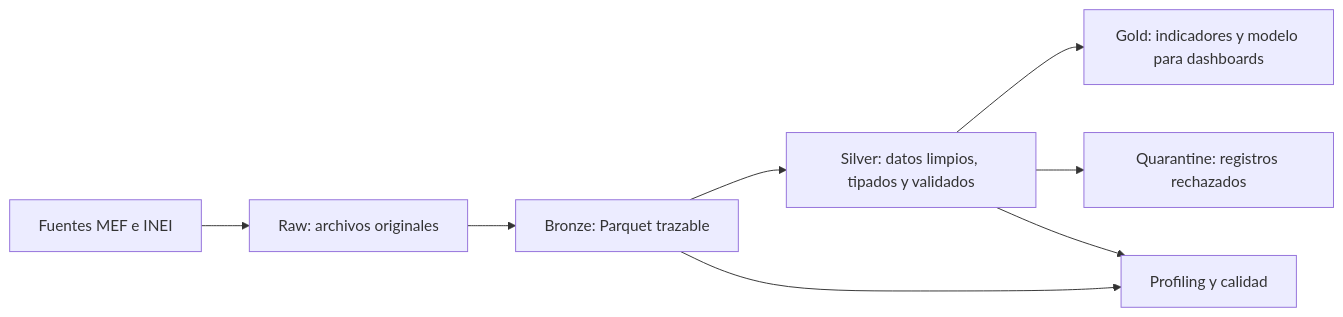
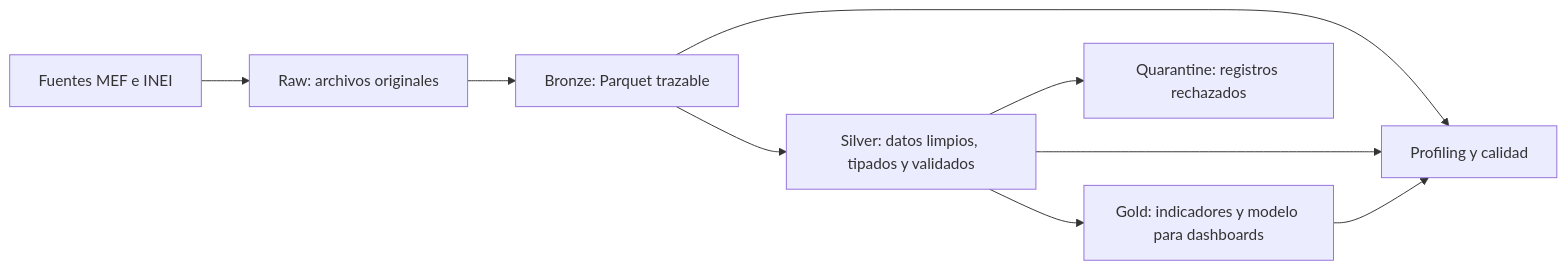
The diagram in README.md (pieersx/bigdata-parcial), drawn with Mermaid before and after one commit. The commit also changed other lines of this file and 36 other files, not shown here.

````diff
--- a/README.md
+++ b/README.md
@@ -14,10 +18,11 @@
 ```mermaid
 flowchart LR
     A["Fuentes MEF e INEI"] --> R["Raw: archivos originales"]
     R --> B["Bronze: Parquet trazable"]
     B --> S["Silver: datos limpios, tipados y validados"]
     S --> G["Gold: indicadores y modelo para dashboards"]
     S --> Q["Quarantine: registros rechazados"]
     B --> P["Profiling y calidad"]
     S --> P
+    G --> P
 ```
````
